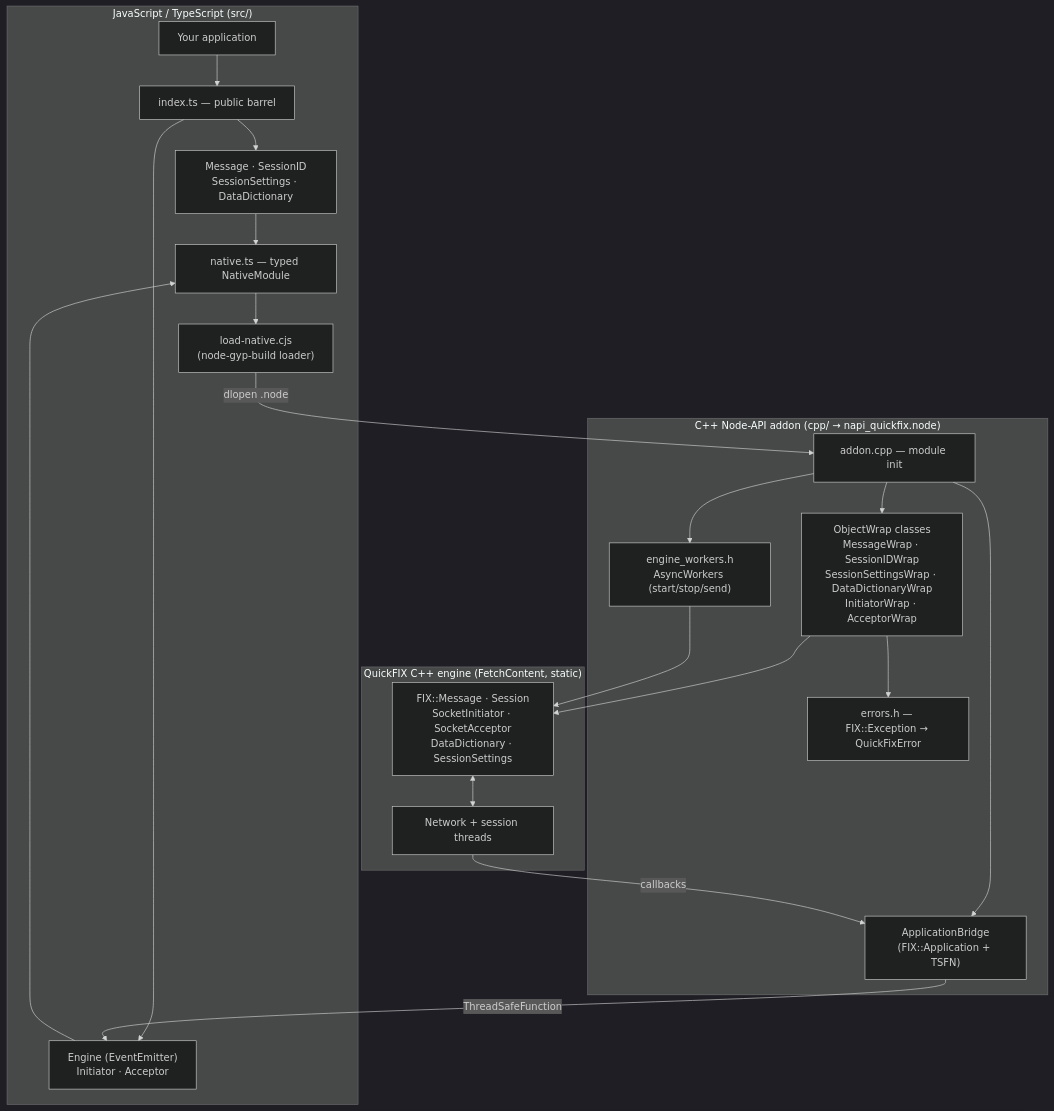
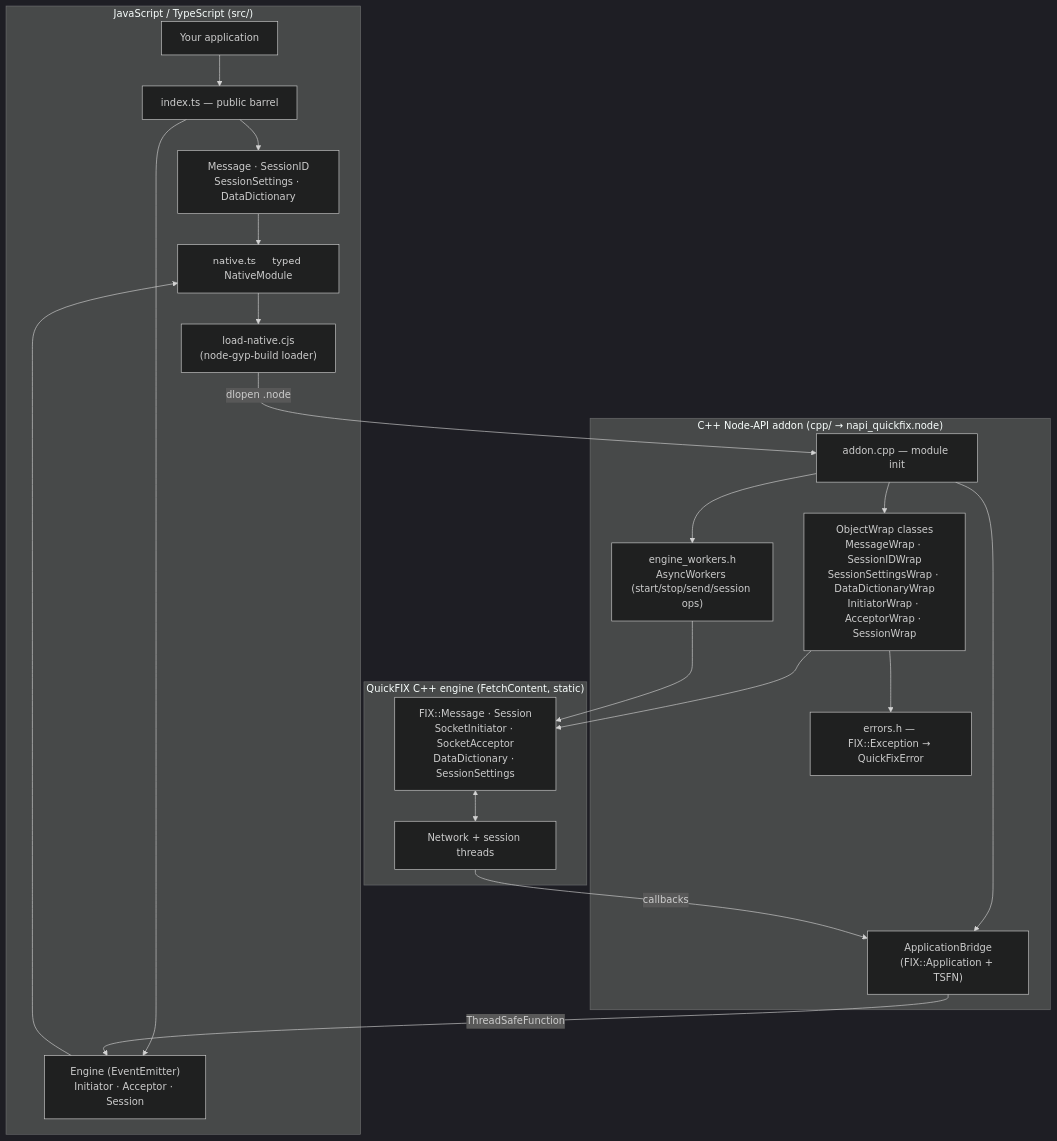
The first of 7 diagrams in ARCHITECTURE.md (homaiohq/napi-quickfix), drawn with Mermaid (dark theme) before and after one commit. The commit also changed other lines of this file and 22 other files, not shown here.

First line of the commit message:
feat: per-session lookup, sequence numbers and logon control (#22)

````diff
--- a/ARCHITECTURE.md
+++ b/ARCHITECTURE.md
@@ -19,36 +19,36 @@
 ```mermaid
 graph TD
   subgraph JS["JavaScript / TypeScript  (src/)"]
     APP["Your application"]
     IDX["index.ts — public barrel"]
     MSG["Message · SessionID<br/>SessionSettings · DataDictionary"]
-    ENG["Engine (EventEmitter)<br/>Initiator · Acceptor"]
+    ENG["Engine (EventEmitter)<br/>Initiator · Acceptor · Session"]
     NAT["native.ts — typed NativeModule"]
     LOAD["load-native.cjs<br/>(node-gyp-build loader)"]
   end
 
   subgraph ADDON["C++ Node-API addon  (cpp/ → napi_quickfix.node)"]
     REG["addon.cpp — module init"]
-    WRAPS["ObjectWrap classes<br/>MessageWrap · SessionIDWrap<br/>SessionSettingsWrap · DataDictionaryWrap<br/>InitiatorWrap · AcceptorWrap"]
+    WRAPS["ObjectWrap classes<br/>MessageWrap · SessionIDWrap<br/>SessionSettingsWrap · DataDictionaryWrap<br/>InitiatorWrap · AcceptorWrap · SessionWrap"]
     BRIDGE["ApplicationBridge<br/>(FIX::Application + TSFN)"]
-    WORKERS["engine_workers.h<br/>AsyncWorkers (start/stop/send)"]
+    WORKERS["engine_workers.h<br/>AsyncWorkers (start/stop/send/session ops)"]
     ERR["errors.h — FIX::Exception → QuickFixError"]
   end
 
   subgraph QF["QuickFIX C++ engine  (FetchContent, static)"]
     CORE["FIX::Message · Session<br/>SocketInitiator · SocketAcceptor<br/>DataDictionary · SessionSettings"]
     NET["Network + session threads"]
   end
 
   APP --> IDX --> MSG & ENG
   MSG --> NAT
   ENG --> NAT
   NAT --> LOAD -->|"dlopen .node"| REG
   REG --> WRAPS & BRIDGE & WORKERS
   WRAPS --> ERR
   WRAPS --> CORE
   WORKERS --> CORE
   CORE <--> NET
   NET -->|"callbacks"| BRIDGE
   BRIDGE -->|"ThreadSafeFunction"| ENG
 ```
````
